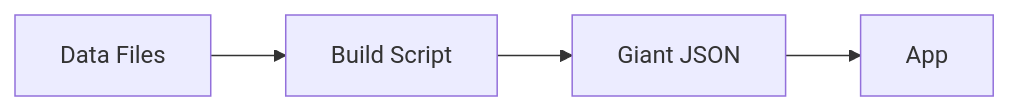
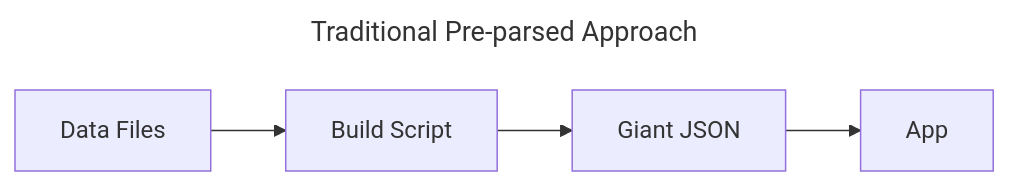
The first of 5 diagrams in apps/portal-new/src/content/docs/reference/01-data-model.md (legacy3/wowlab), drawn with Mermaid before and after one commit. The commit also changed other lines of this file and 19 other files, not shown here.

````diff
--- a/apps/portal-new/src/content/docs/reference/01-data-model.md
+++ b/apps/portal-new/src/content/docs/reference/01-data-model.md
@@ -17,4 +17,7 @@
 ```mermaid
+---
+title: Traditional Pre-parsed Approach
+---
 flowchart LR
     A1[Data Files] --> A2[Build Script] --> A3[Giant JSON] --> A4[App]
 ```
````
